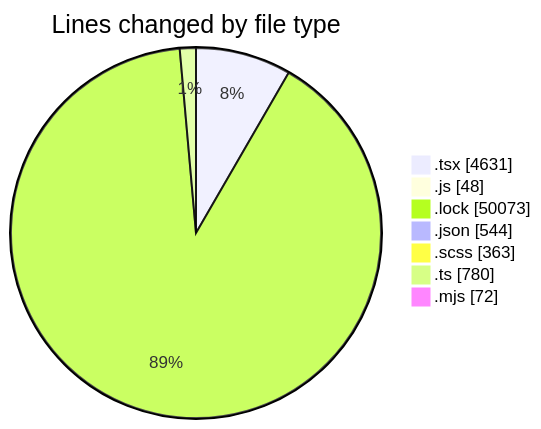
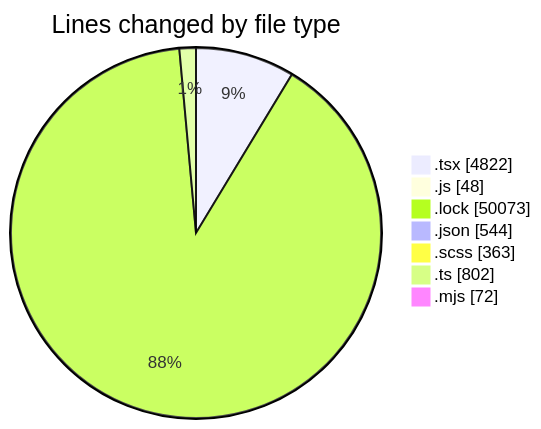
Before and after one commit to momahboobian/code-tracking: the first of 2 diagrams in 2026-05-15/cda/README.md, drawn with Mermaid. The commit also changed other lines of this file and 1 other file, not shown here.

````diff
--- a/2026-05-15/cda/README.md
+++ b/2026-05-15/cda/README.md
@@ -63,11 +64,11 @@
 ```mermaid
 pie showData
 title Lines changed by file type
-".tsx" : 4631
+".tsx" : 4822
 ".js" : 48
 ".lock" : 50073
 ".json" : 544
 ".scss" : 363
-".ts" : 780
+".ts" : 802
 ".mjs" : 72
 ```
````
